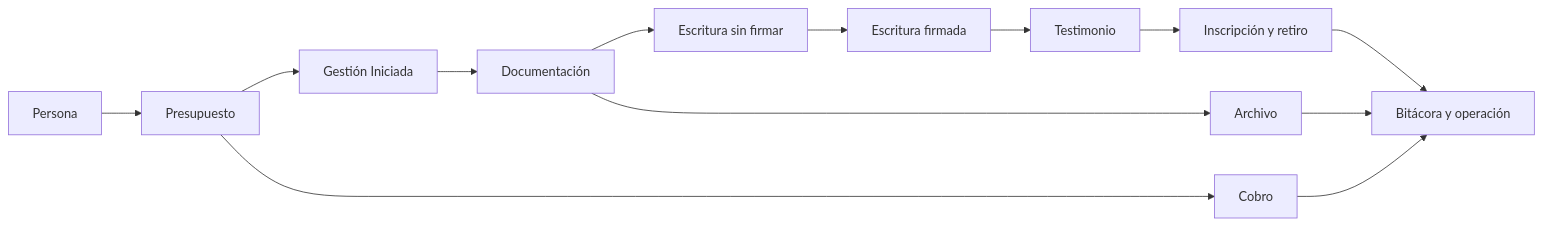
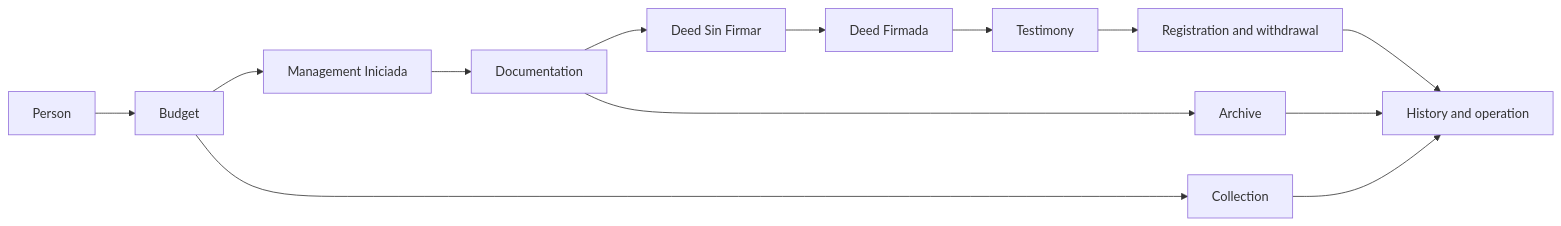
Before and after one commit to matiaspakua/notaire: the first of 16 diagrams in docs/200-architecture/203-design/CICLO-DE-VIDA.md, drawn with Mermaid. The commit also changed other lines of this file and 52 other files, not shown here.

````diff
--- a/docs/200-architecture/203-design/CICLO-DE-VIDA.md
+++ b/docs/200-architecture/203-design/CICLO-DE-VIDA.md
@@ -34,15 +35,15 @@
 ```mermaid
 flowchart LR
-  persona[Persona] --> presupuesto[Presupuesto]
-  presupuesto --> gestion[Gestión Iniciada]
-  gestion --> docs[Documentación]
-  docs --> escritura[Escritura sin firmar]
-  escritura --> firma[Escritura firmada]
-  firma --> testimonio[Testimonio]
-  testimonio --> registro[Inscripción y retiro]
-  presupuesto --> cobro[Cobro]
-  docs --> archivo[Archivo]
-  registro --> operacion[Bitácora y operación]
-  archivo --> operacion
-  cobro --> operacion
+  person[Person] --> budget[Budget]
+  budget --> management[Management Iniciada]
+  management --> docs[Documentation]
+  docs --> deed[Deed Sin Firmar]
+  deed --> signed[Deed Firmada]
+  signed --> testimony[Testimony]
+  testimony --> registry[Registration and withdrawal]
+  budget --> collection[Collection]
+  docs --> archive[Archive]
+  registry --> operation[History and operation]
+  archive --> operation
+  collection --> operation
 ```
````
